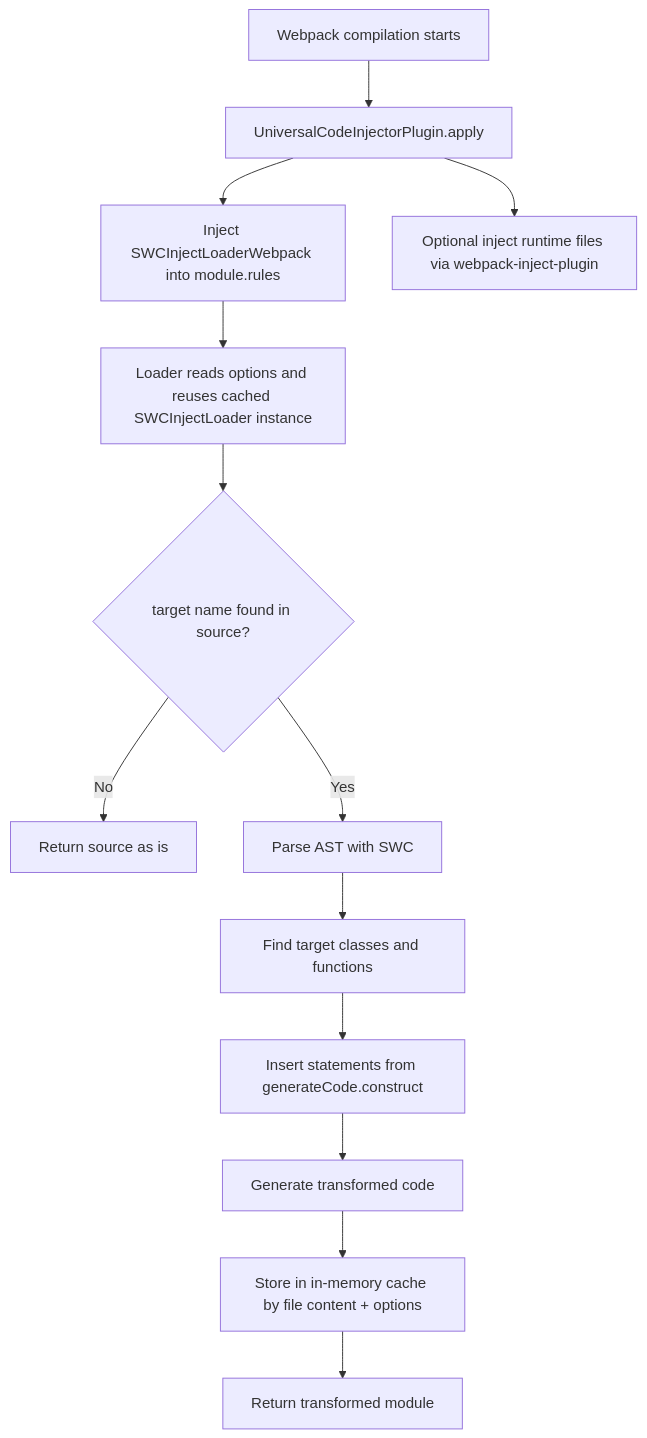
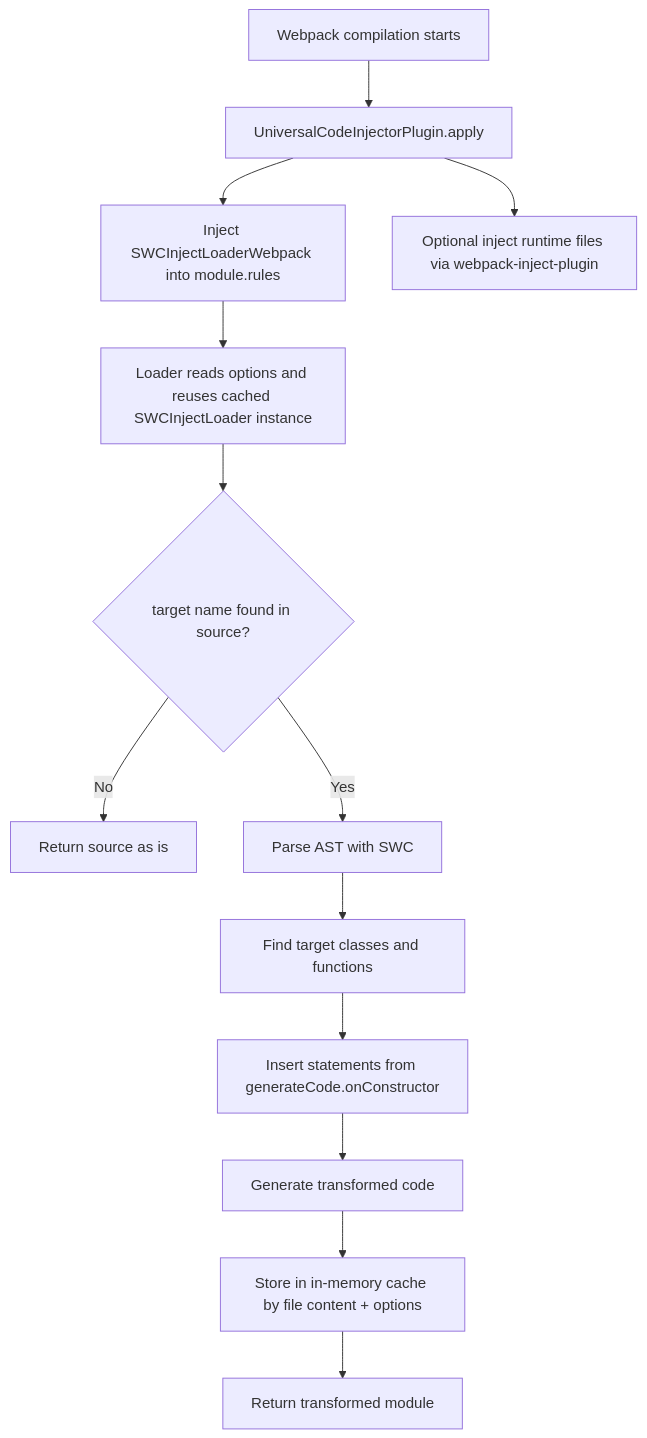
The diagram in packages/webpack-tracer-plugin/readme.md (scorgi86/tracer), drawn with Mermaid before and after one commit. The commit also changed other lines of this file and 32 other files, not shown here.

````diff
--- a/packages/webpack-tracer-plugin/readme.md
+++ b/packages/webpack-tracer-plugin/readme.md
@@ -301,15 +347,15 @@
 ```mermaid
 flowchart TD
   A[Webpack compilation starts] --> B[UniversalCodeInjectorPlugin.apply]
   B --> C[Inject SWCInjectLoaderWebpack into module.rules]
   B --> D[Optional inject runtime files via webpack-inject-plugin]
   C --> E[Loader reads options and reuses cached SWCInjectLoader instance]
   E --> F{target name found in source?}
   F -->|No| G[Return source as is]
   F -->|Yes| H[Parse AST with SWC]
   H --> I[Find target classes and functions]
-  I --> J[Insert statements from generateCode.construct]
+  I --> J[Insert statements from generateCode.onConstructor]
   J --> K[Generate transformed code]
   K --> L[Store in in-memory cache by file content + options]
   L --> M[Return transformed module]
 ```
````
